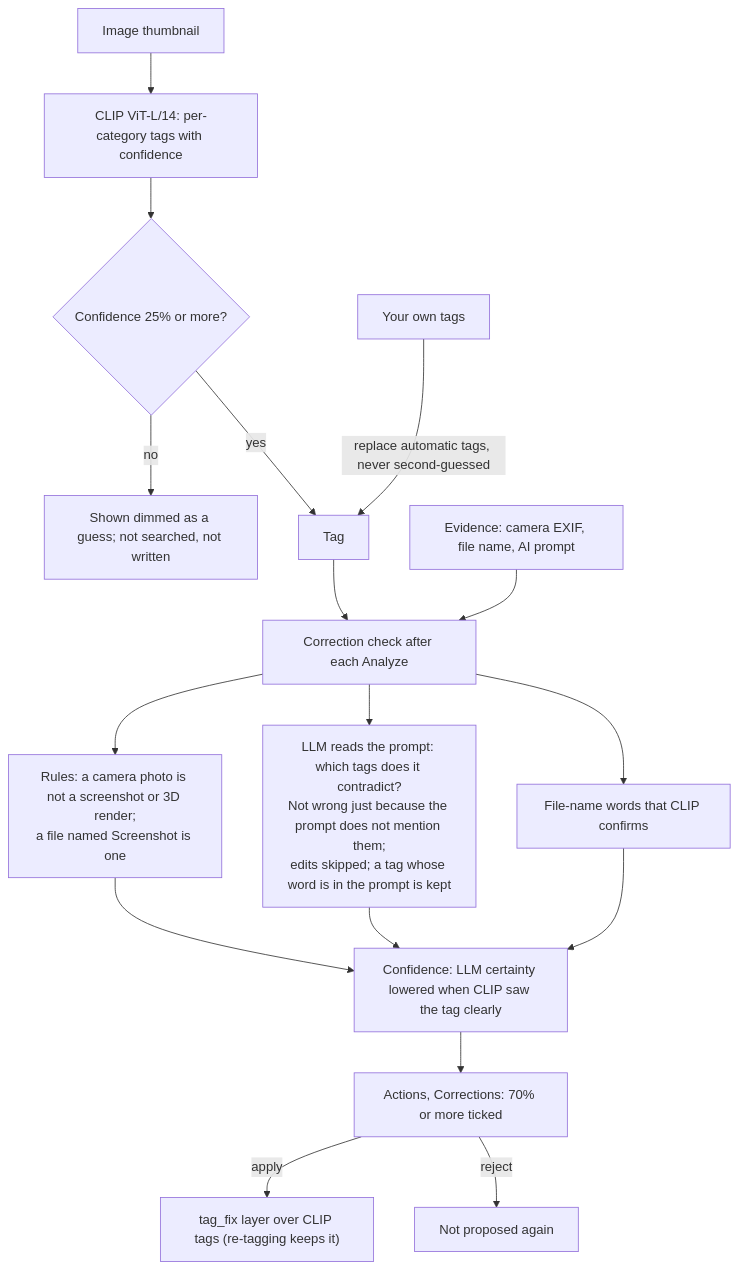
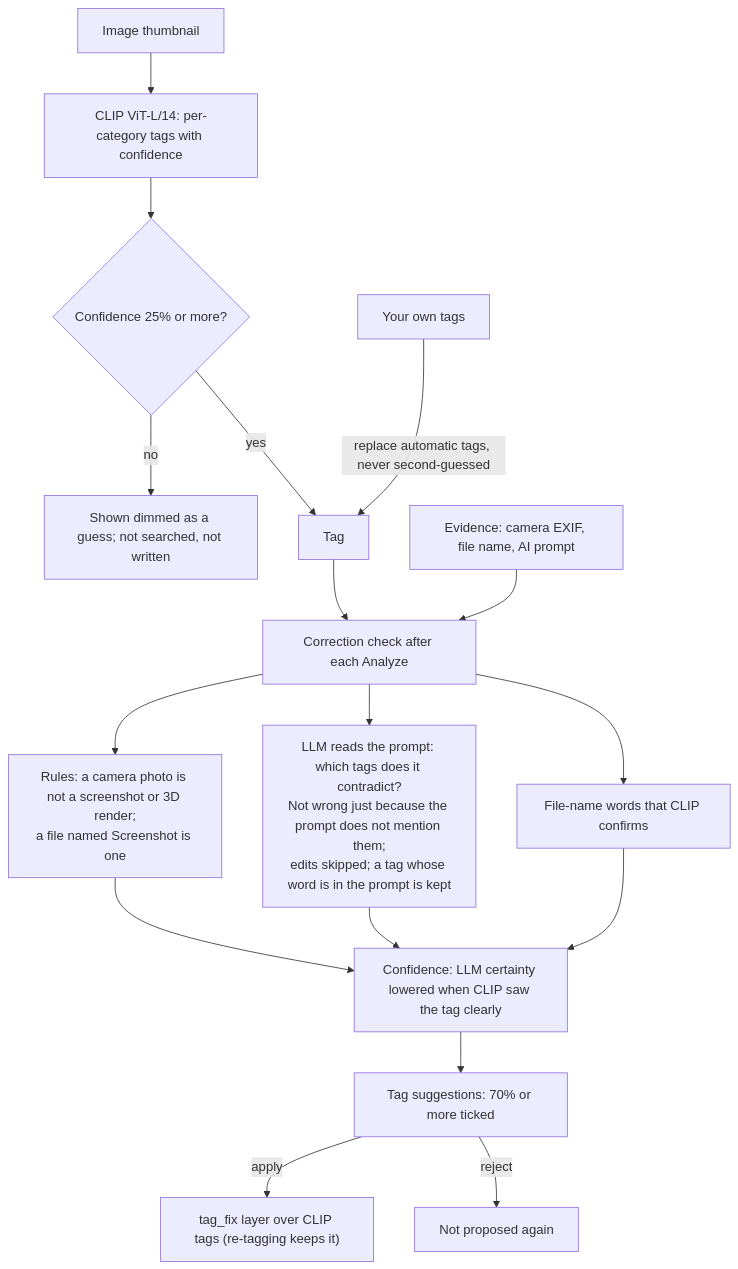
The third of 4 diagrams in README.md (jstdlee/jev-photos), drawn with Mermaid before and after one commit. The commit also changed other lines of this file and 12 other files, not shown here.

````diff
--- a/README.md
+++ b/README.md
@@ -361,19 +388,19 @@
 ```mermaid
 flowchart TD
     I[Image thumbnail] --> CLIP["CLIP ViT-L/14: per-category tags with confidence"]
     CLIP --> T{Confidence 25% or more?}
     T -->|no| GUESS["Shown dimmed as a guess; not searched, not written"]
     T -->|yes| TAG[Tag]
     TAG --> CHK[Correction check after each Analyze]
     EV["Evidence: camera EXIF, file name, AI prompt"] --> CHK
     CHK --> R1["Rules: a camera photo is not a screenshot or 3D render;<br/>a file named Screenshot is one"]
     CHK --> R2["LLM reads the prompt: which tags does it contradict?<br/>Not wrong just because the prompt does not mention them;<br/>edits skipped; a tag whose word is in the prompt is kept"]
     CHK --> R3["File-name words that CLIP confirms"]
     R1 --> CONF["Confidence: LLM certainty lowered when CLIP saw the tag clearly"]
     R2 --> CONF
     R3 --> CONF
-    CONF --> REV["Actions, Corrections: 70% or more ticked"]
+    CONF --> REV["Tag suggestions: 70% or more ticked"]
     REV -->|apply| FIX["tag_fix layer over CLIP tags (re-tagging keeps it)"]
     REV -->|reject| NO[Not proposed again]
     USER["Your own tags"] -->|replace automatic tags, never second-guessed| TAG
 ```
````
